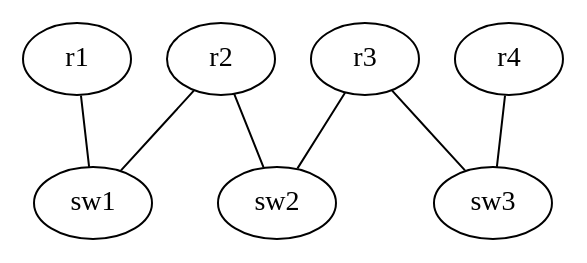
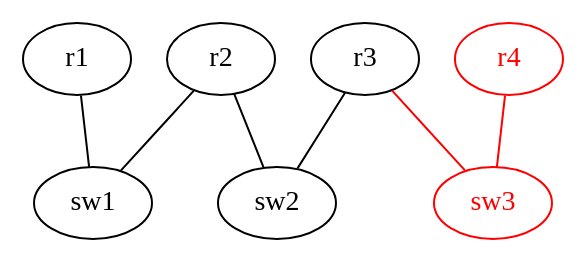
The diagram in answer/1/rip.dot (cpflat/dot2net-evaluation), drawn with Graphviz before and after one commit. The commit also changed 42 other files, not shown here.

```diff
--- a/answer/1/rip.dot
+++ b/answer/1/rip.dot
@@ -1,16 +1,16 @@
 digraph  {
 	r1[class="router"];
 	r2[class="router"];
 	r3[class="router"];
-	r4[class="router"];
+	r4[class="router", color="red", fontcolor="red"];
 	sw1[class="switch"];
 	sw2[class="switch"];
-	sw3[class="switch"];
+	sw3[class="switch", color="red", fontcolor="red"];
 
 	r1->sw1[dir="none", class="rip"];
 	r2->sw1[dir="none", class="rip"];
 	r2->sw2[dir="none", class="rip"];
 	r3->sw2[dir="none", class="rip"];
-	r3->sw3[dir="none", class="rip"];
-	r4->sw3[dir="none", class="rip"];
+	r3->sw3[dir="none", class="rip", color="red"];
+	r4->sw3[dir="none", class="rip", color="red"];
 }
```
